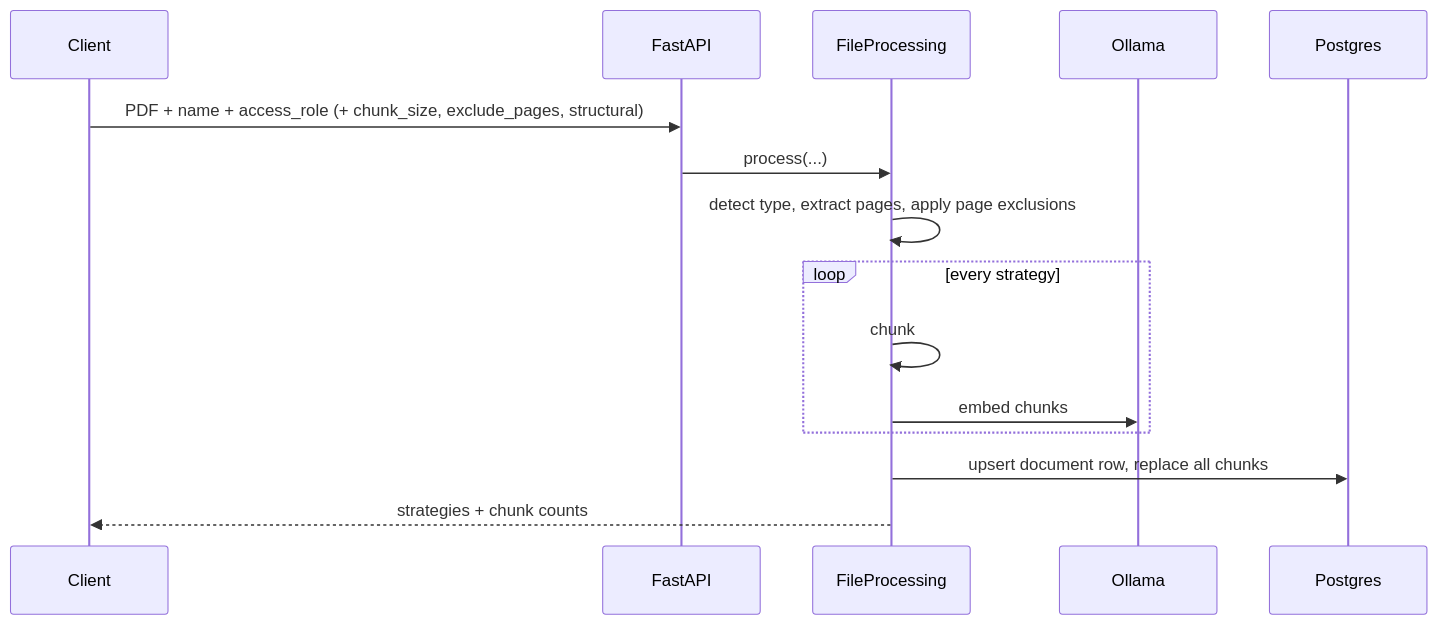
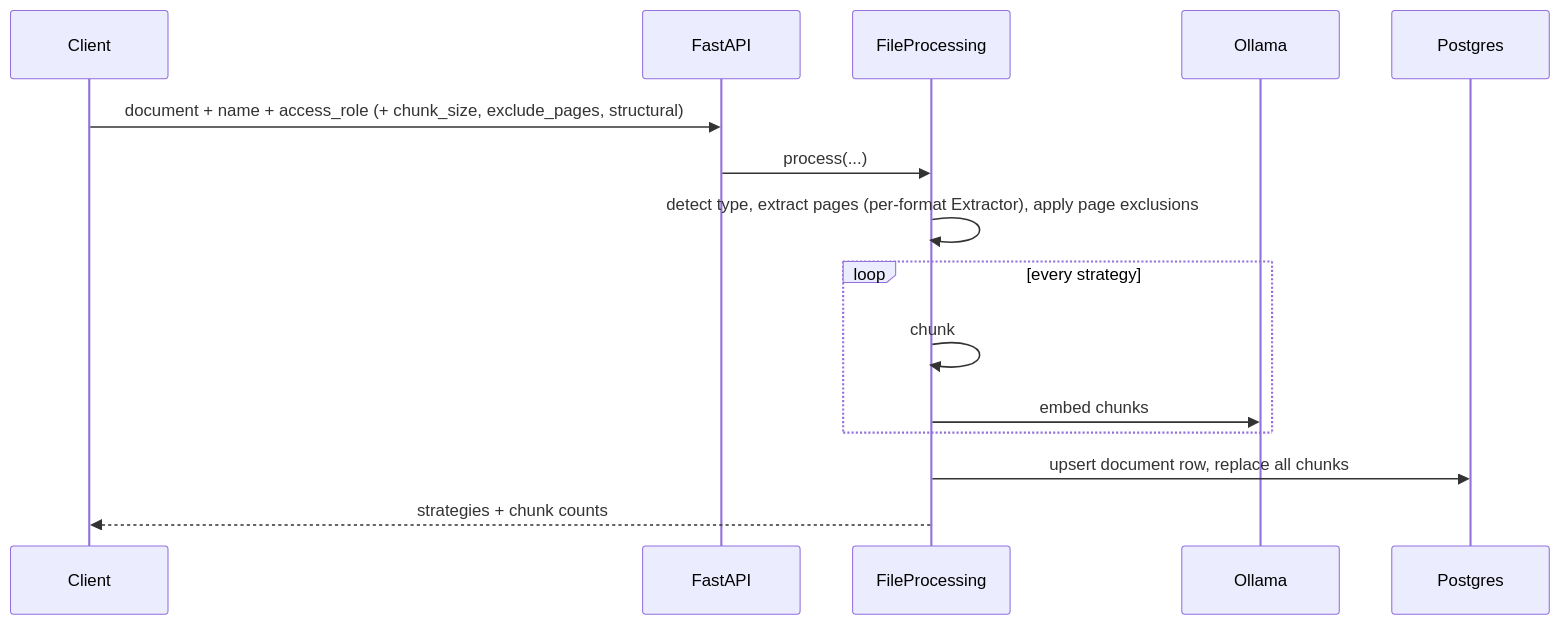
The second of 4 diagrams in .claude/Architecture.md (mh2005in/RAG-Assistant-with-Real-Evals), drawn with Mermaid before and after one commit. The commit also changed other lines of this file and 28 other files, not shown here.

````diff
--- a/.claude/Architecture.md
+++ b/.claude/Architecture.md
@@ -84,17 +91,17 @@
 ```mermaid
 sequenceDiagram
     participant C as Client
     participant A as FastAPI
     participant F as FileProcessing
     participant O as Ollama
     participant P as Postgres
-    C->>A: PDF + name + access_role (+ chunk_size, exclude_pages, structural)
+    C->>A: document + name + access_role (+ chunk_size, exclude_pages, structural)
     A->>F: process(...)
-    F->>F: detect type, extract pages, apply page exclusions
+    F->>F: detect type, extract pages (per-format Extractor), apply page exclusions
     loop every strategy
       F->>F: chunk
       F->>O: embed chunks
     end
     F->>P: upsert document row, replace all chunks
     F-->>C: strategies + chunk counts
 ```
````
